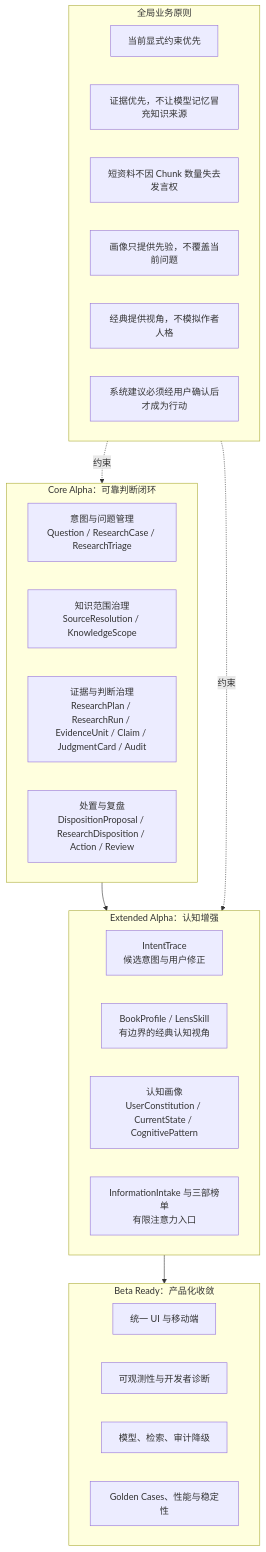
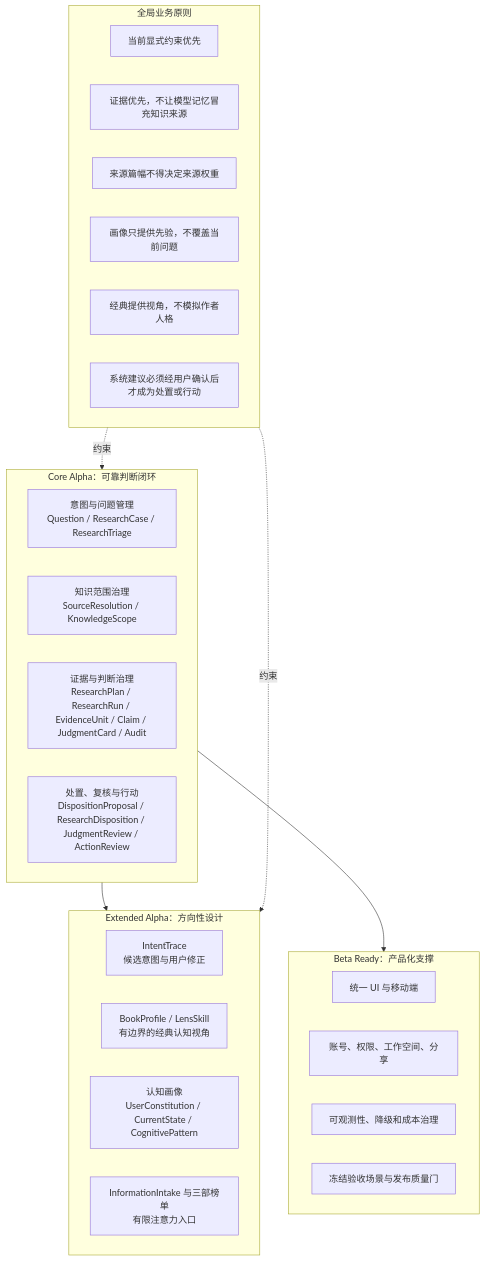
The second of 2 diagrams in docs/BUSINESS_ARCHITECTURE.md (baijianqing/yantie-history), drawn with Mermaid before and after one commit. The commit also changed other lines of this file, not shown here.

Commit message:
docs: refine core alpha business architecture

````diff
--- a/docs/BUSINESS_ARCHITECTURE.md
+++ b/docs/BUSINESS_ARCHITECTURE.md
@@ -226,37 +267,37 @@
 ```mermaid
 flowchart TB
     subgraph CORE["Core Alpha：可靠判断闭环"]
         C1["意图与问题管理<br/>Question / ResearchCase / ResearchTriage"]
         C2["知识范围治理<br/>SourceResolution / KnowledgeScope"]
         C3["证据与判断治理<br/>ResearchPlan / ResearchRun / EvidenceUnit / Claim / JudgmentCard / Audit"]
-        C4["处置与复盘<br/>DispositionProposal / ResearchDisposition / Action / Review"]
+        C4["处置、复核与行动<br/>DispositionProposal / ResearchDisposition / JudgmentReview / ActionReview"]
     end
 
-    subgraph EXTENDED["Extended Alpha：认知增强"]
+    subgraph EXTENDED["Extended Alpha：方向性设计"]
         E1["IntentTrace<br/>候选意图与用户修正"]
         E2["BookProfile / LensSkill<br/>有边界的经典认知视角"]
         E3["认知画像<br/>UserConstitution / CurrentState / CognitivePattern"]
         E4["InformationIntake 与三部榜单<br/>有限注意力入口"]
     end
 
-    subgraph BETA["Beta Ready：产品化收敛"]
+    subgraph BETA["Beta Ready：产品化支撑"]
         B1["统一 UI 与移动端"]
-        B2["可观测性与开发者诊断"]
-        B3["模型、检索、审计降级"]
-        B4["Golden Cases、性能与稳定性"]
+        B2["账号、权限、工作空间、分享"]
+        B3["可观测性、降级和成本治理"]
+        B4["冻结验收场景与发布质量门"]
     end
 
     subgraph PRINCIPLES["全局业务原则"]
         P1["当前显式约束优先"]
         P2["证据优先，不让模型记忆冒充知识来源"]
-        P3["短资料不因 Chunk 数量失去发言权"]
+        P3["来源篇幅不得决定来源权重"]
         P4["画像只提供先验，不覆盖当前问题"]
         P5["经典提供视角，不模拟作者人格"]
-        P6["系统建议必须经用户确认后才成为行动"]
+        P6["系统建议必须经用户确认后才成为处置或行动"]
     end
 
     CORE --> EXTENDED
-    EXTENDED --> BETA
+    CORE --> BETA
     PRINCIPLES -. "约束" .-> CORE
     PRINCIPLES -. "约束" .-> EXTENDED
 ```
````
